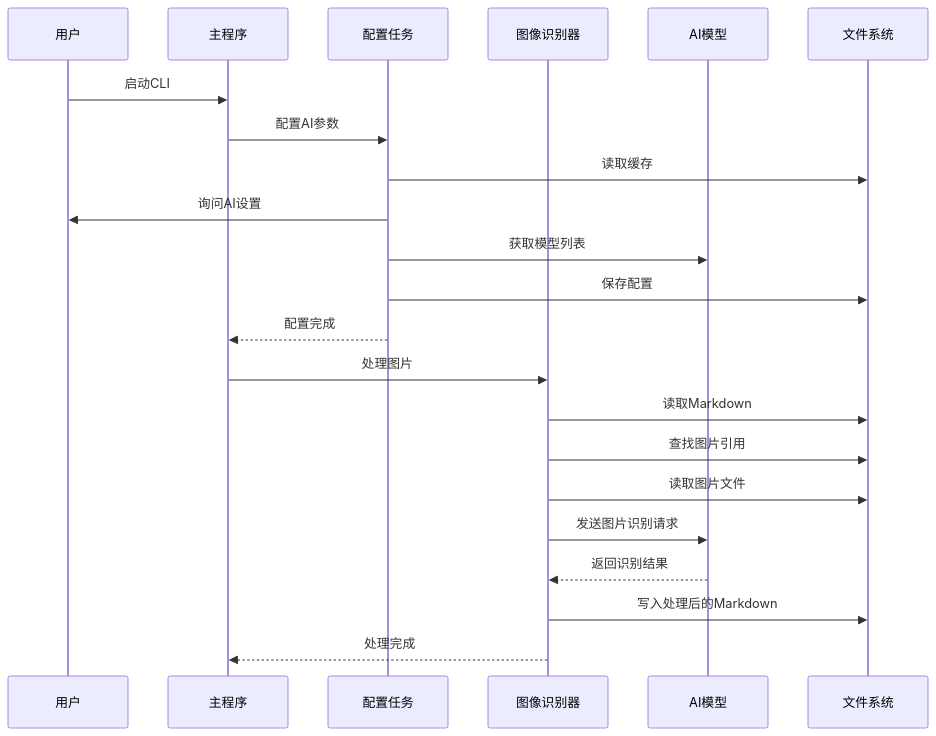
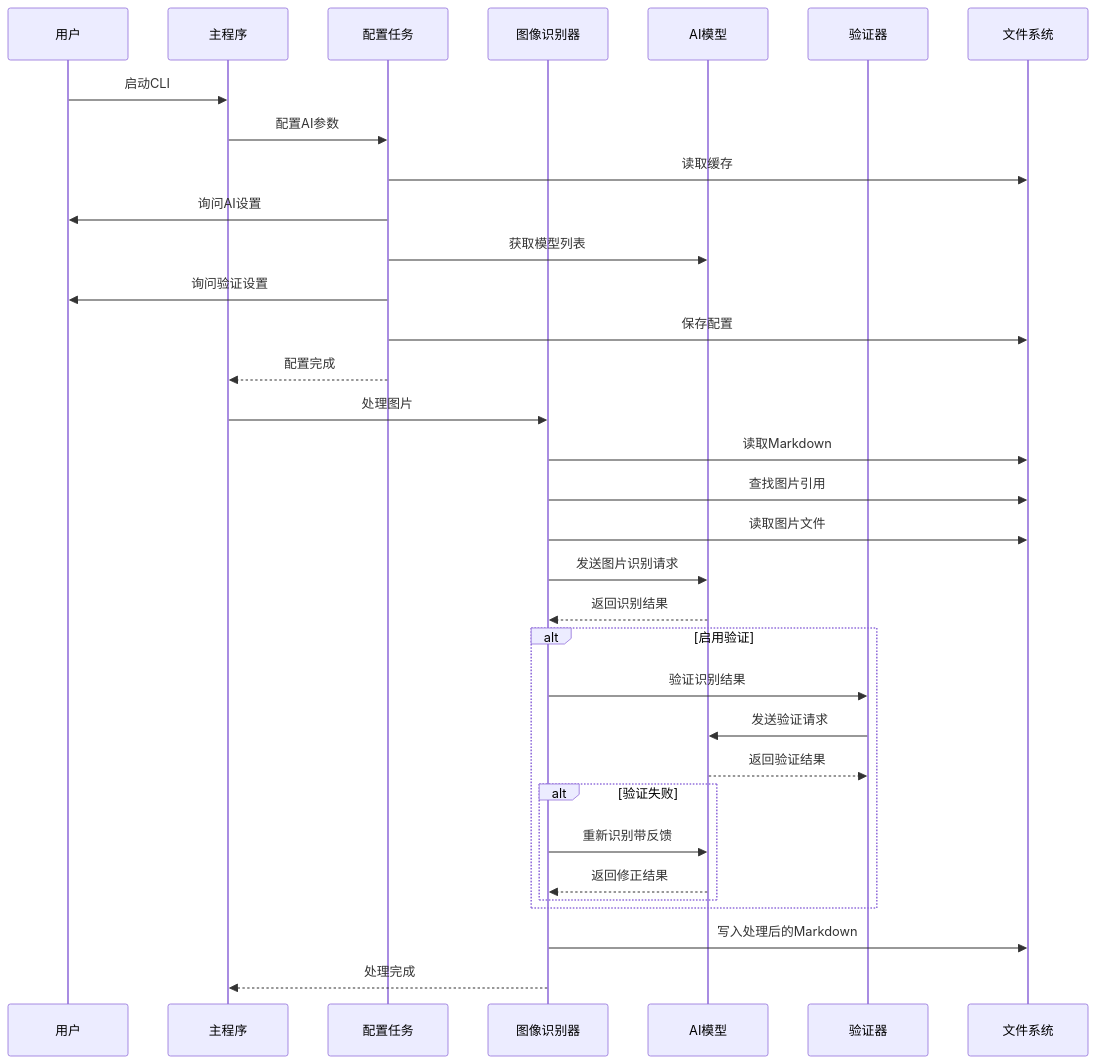
One commit to hllshiro/doc2md-cli changed the second of 6 diagrams in .qoder/repowiki/zh/content/转换模块详解/AI图像识别模块.md. Above: the diagram before and after it, drawn with Mermaid. The commit also changed other lines of this file and 3 other files, not shown here.

````diff
--- a/.qoder/repowiki/zh/content/转换模块详解/AI图像识别模块.md
+++ b/.qoder/repowiki/zh/content/转换模块详解/AI图像识别模块.md
@@ -96,24 +109,35 @@
 ```mermaid
 sequenceDiagram
 participant User as 用户
 participant Main as 主程序
 participant Config as 配置任务
 participant Recognizer as 图像识别器
 participant AI as AI模型
+participant Validator as 验证器
 participant FS as 文件系统
 User->>Main : 启动CLI
 Main->>Config : 配置AI参数
 Config->>FS : 读取缓存
 Config->>User : 询问AI设置
 Config->>AI : 获取模型列表
+Config->>User : 询问验证设置
 Config->>FS : 保存配置
 Config-->>Main : 配置完成
 Main->>Recognizer : 处理图片
 Recognizer->>FS : 读取Markdown
 Recognizer->>FS : 查找图片引用
 Recognizer->>FS : 读取图片文件
 Recognizer->>AI : 发送图片识别请求
 AI-->>Recognizer : 返回识别结果
+alt 启用验证
+Recognizer->>Validator : 验证识别结果
+Validator->>AI : 发送验证请求
+AI-->>Validator : 返回验证结果
+alt 验证失败
+Recognizer->>AI : 重新识别带反馈
+AI-->>Recognizer : 返回修正结果
+end
+end
 Recognizer->>FS : 写入处理后的Markdown
 Recognizer-->>Main : 处理完成
 ```
````
